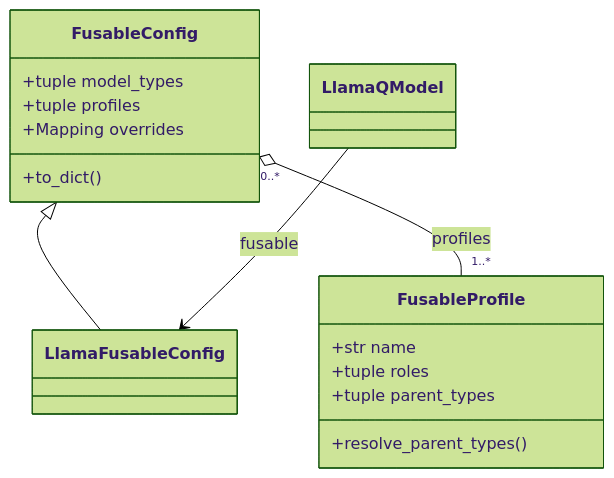
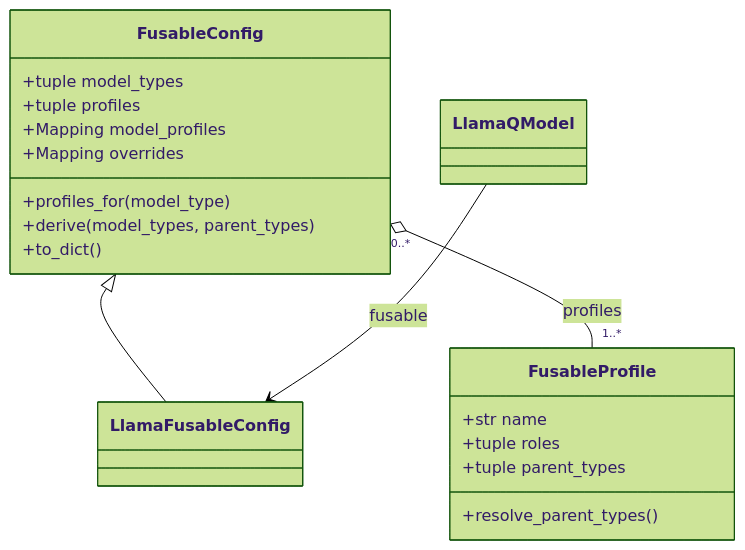
Before and after one commit to ModelCloud/GPTQModel: the second of 4 diagrams in docs/fusion-planner.md, drawn with Mermaid (forest theme). The commit also changed other lines of this file and 99 other files, not shown here.

````diff
--- a/docs/fusion-planner.md
+++ b/docs/fusion-planner.md
@@ -145,20 +149,23 @@
 ```mermaid
 classDiagram
     class FusableConfig {
         +tuple model_types
         +tuple profiles
+        +Mapping model_profiles
         +Mapping overrides
+        +profiles_for(model_type)
+        +derive(model_types, parent_types)
         +to_dict()
     }
     class FusableProfile {
         +str name
         +tuple roles
         +tuple parent_types
         +resolve_parent_types()
     }
     class LlamaFusableConfig
     class LlamaQModel
     FusableConfig <|-- LlamaFusableConfig
     FusableConfig "0..*" o-- "1..*" FusableProfile : profiles
     LlamaQModel --> LlamaFusableConfig : fusable
 ```
````
